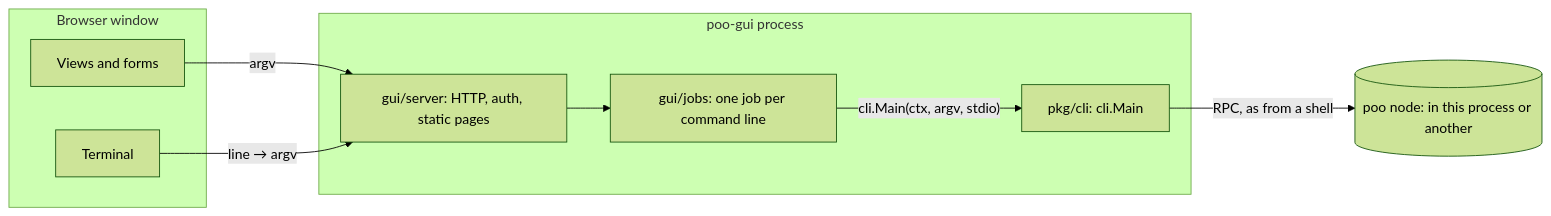
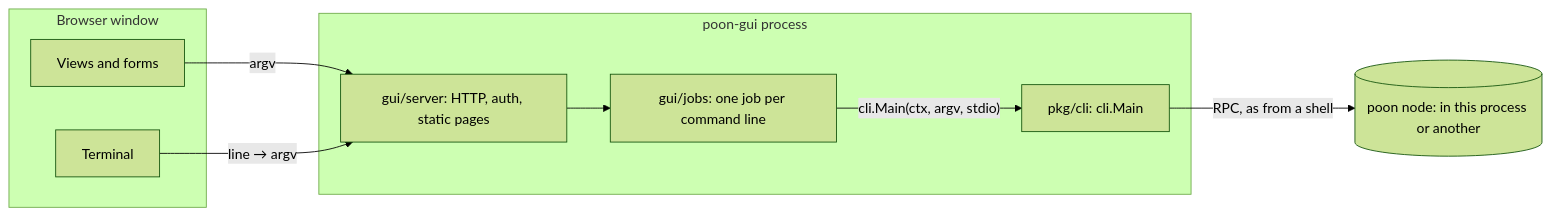
Before and after one commit to JogginTheNoggin/crypto-mint-net: the diagram in docs/gui.md, drawn with Mermaid (forest theme). The commit also changed other lines of this file and 231 other files, not shown here.

First line of the commit message:
Source Round 40 Part A: rename poo to poon, W-36, GUI-GREEN-065 notes (D204)

````diff
--- a/docs/gui.md
+++ b/docs/gui.md
@@ -61,18 +61,18 @@
 ```mermaid
 graph LR
   subgraph browser[Browser window]
     views[Views and forms]
     term[Terminal]
   end
-  subgraph guibin[poo-gui process]
+  subgraph guibin[poon-gui process]
     server[gui/server: HTTP, auth, static pages]
     jobs[gui/jobs: one job per command line]
     cli[pkg/cli: cli.Main]
   end
-  node[(poo node: in this process or another)]
+  node[(poon node: in this process or another)]
   views -- "argv" --> server
   term -- "line → argv" --> server
   server --> jobs
   jobs -- "cli.Main(ctx, argv, stdio)" --> cli
   cli -- "RPC, as from a shell" --> node
 ```
````
